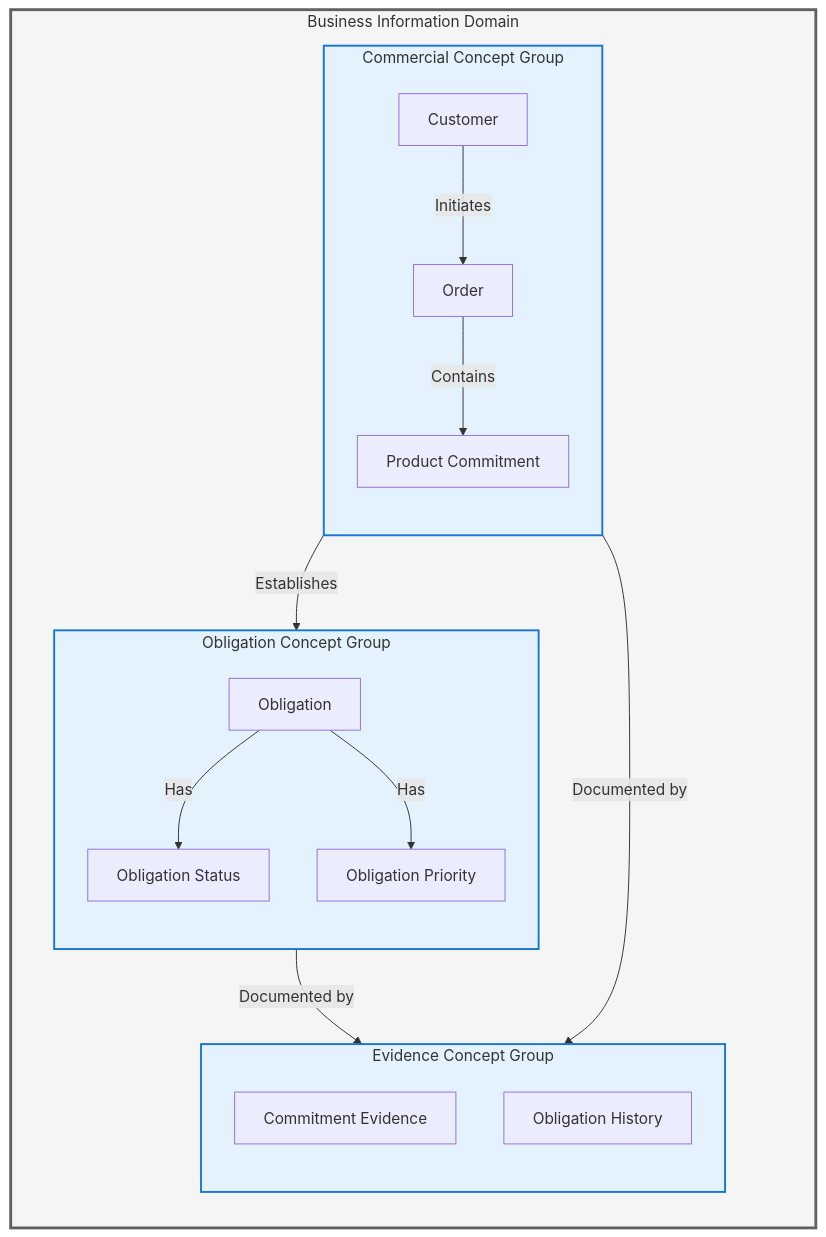
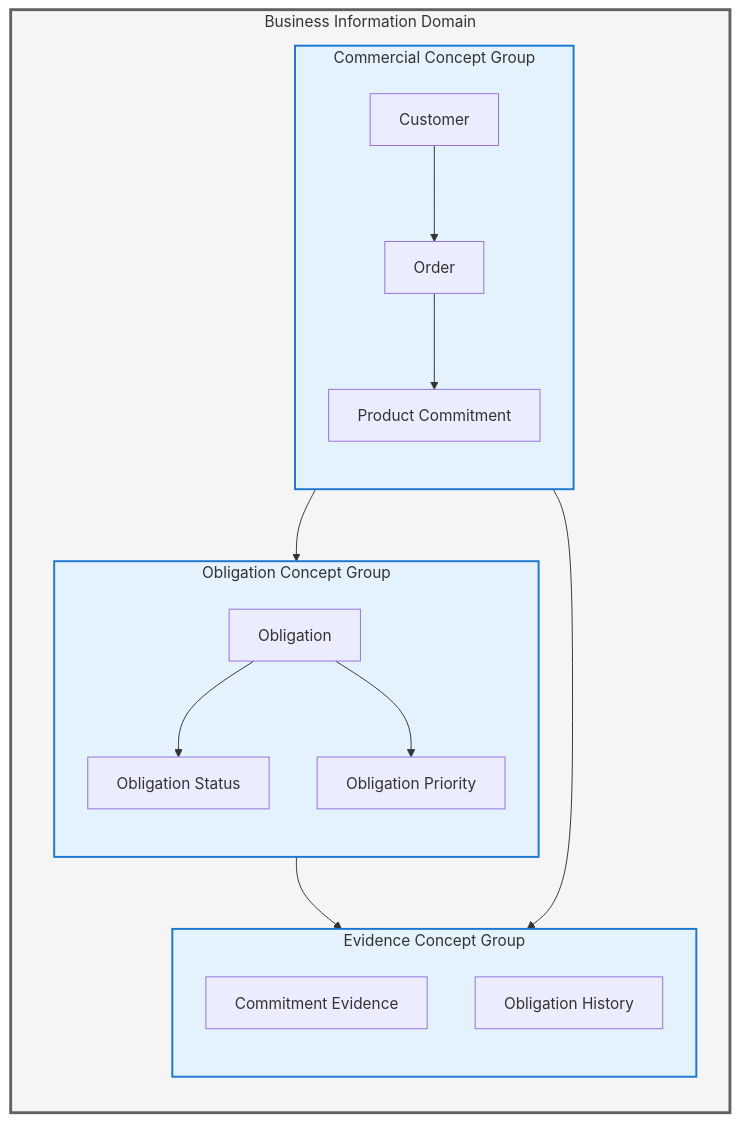
Before and after one commit to Evilazaro/Azure-LogicApps-Monitoring: the seventh of 7 diagrams in docs/architecture/01-business-architecture.md, drawn with Mermaid. The commit also changed other lines of this file, not shown here.

Commit message:
Refactor Business Architecture document: simplify terminology in diagrams for clarity and consistency

````diff
--- a/docs/architecture/01-business-architecture.md
+++ b/docs/architecture/01-business-architecture.md
@@ -906,40 +906,40 @@
 ```mermaid
 flowchart TB
     subgraph Information_Domain["Business Information Domain"]
         direction TB
 
         subgraph Commercial_Concepts["Commercial Concept Group"]
             direction TB
             Customer["Customer"]
             Order["Order"]
             Product["Product Commitment"]
         end
 
         subgraph Obligation_Concepts["Obligation Concept Group"]
             direction TB
             Obligation["Obligation"]
             Status["Obligation Status"]
             Priority["Obligation Priority"]
         end
 
         subgraph Evidence_Concepts["Evidence Concept Group"]
             direction TB
             Evidence["Commitment Evidence"]
             History["Obligation History"]
         end
 
-        Customer -->|Initiates| Order
-        Order -->|Contains| Product
-        Order -->|Establishes| Obligation
-        Obligation -->|Has| Status
-        Obligation -->|Has| Priority
-        Order -->|Documented by| Evidence
-        Obligation -->|Documented by| History
+        Customer --> Order
+        Order --> Product
+        Order --> Obligation
+        Obligation --> Status
+        Obligation --> Priority
+        Order --> Evidence
+        Obligation --> History
     end
 
     classDef level1 fill:#f5f5f5,stroke:#616161,stroke-width:3px
     classDef level2 fill:#e3f2fd,stroke:#1976d2,stroke-width:2px
 
     class Information_Domain level1
     class Commercial_Concepts,Obligation_Concepts,Evidence_Concepts level2
 ```
````
